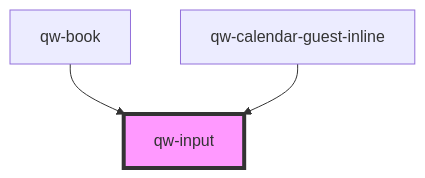
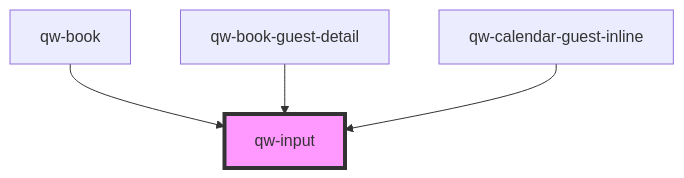
One commit to qwentes-team/qw-hotels changed the diagram in src/components/shared/qw-input/readme.md. Above: the diagram before and after it, drawn with Mermaid. The commit also changed other lines of this file and 12 other files, not shown here.

Commit message:
feat(qw-book-guest-detail): component

````diff
--- a/src/components/shared/qw-input/readme.md
+++ b/src/components/shared/qw-input/readme.md
@@ -37,6 +38,7 @@
 ```mermaid
 graph TD;
   qw-book --> qw-input
+  qw-book-guest-detail --> qw-input
   qw-calendar-guest-inline --> qw-input
   style qw-input fill:#f9f,stroke:#333,stroke-width:4px
 ```
````
